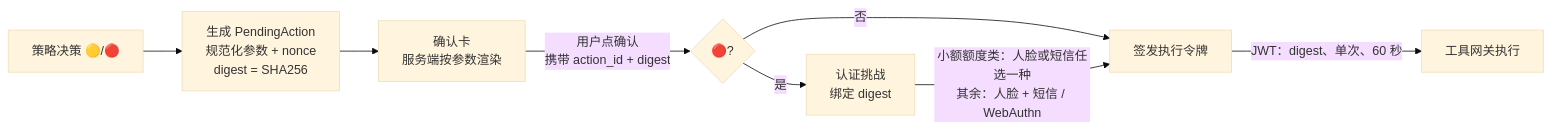
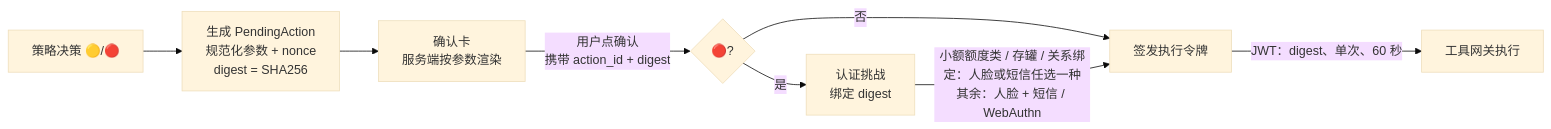
One commit to SuperWheel/saydo-agent changed the fifth of 9 diagrams in docs/02-产品技术文档.md. Above: the diagram before and after it, drawn with Mermaid (base theme). The commit also changed other lines of this file and 9 other files, not shown here.

````diff
--- a/docs/02-产品技术文档.md
+++ b/docs/02-产品技术文档.md
@@ -630,10 +633,10 @@
 ```mermaid
 flowchart LR
     A[策略决策 🟡/🔴] --> B[生成 PendingAction<br/>规范化参数 + nonce<br/>digest = SHA256]
     B --> C[确认卡<br/>服务端按参数渲染]
     C -->|用户点确认<br/>携带 action_id + digest| D{🔴?}
     D -->|否| F[签发执行令牌]
     D -->|是| E[认证挑战<br/>绑定 digest]
-    E -->|小额额度类：人脸或短信任选一种<br/>其余：人脸 + 短信 / WebAuthn| F
+    E -->|小额额度类 / 存罐 / 关系绑定：人脸或短信任选一种<br/>其余：人脸 + 短信 / WebAuthn| F
     F -->|JWT：digest、单次、60 秒| G[工具网关执行]
 ```
````
